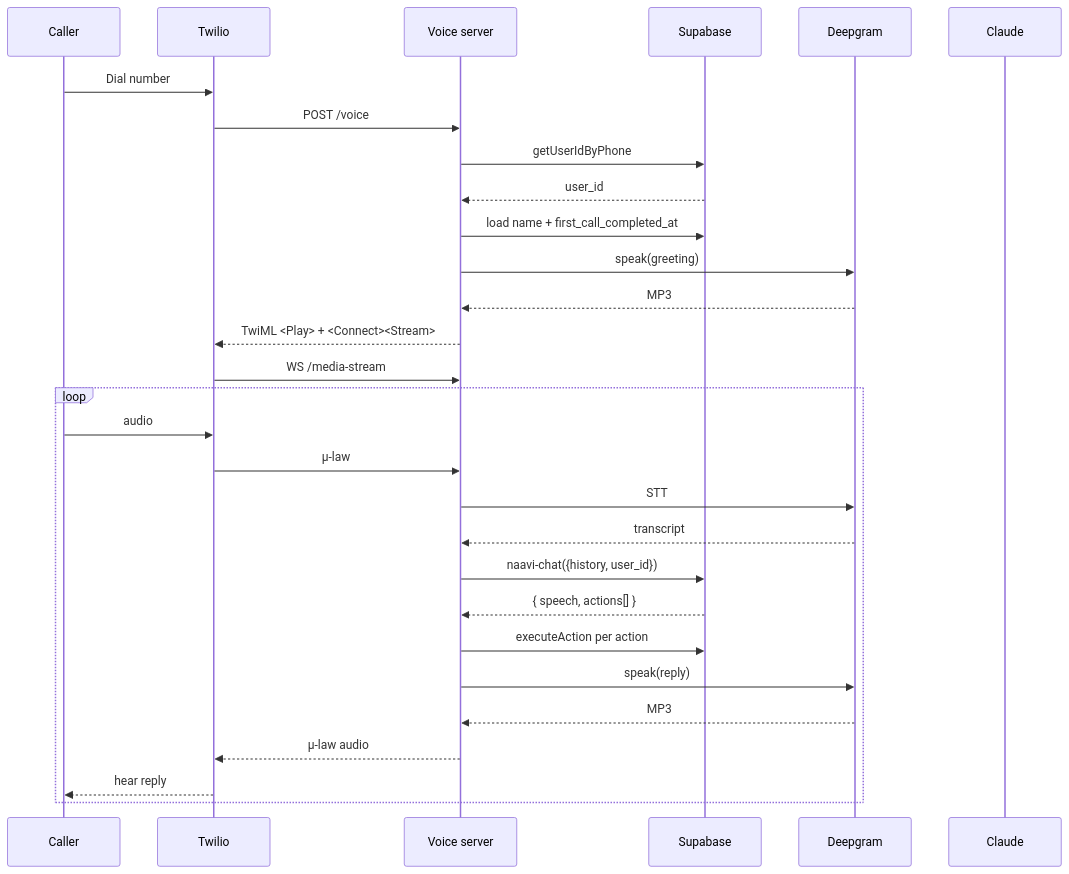
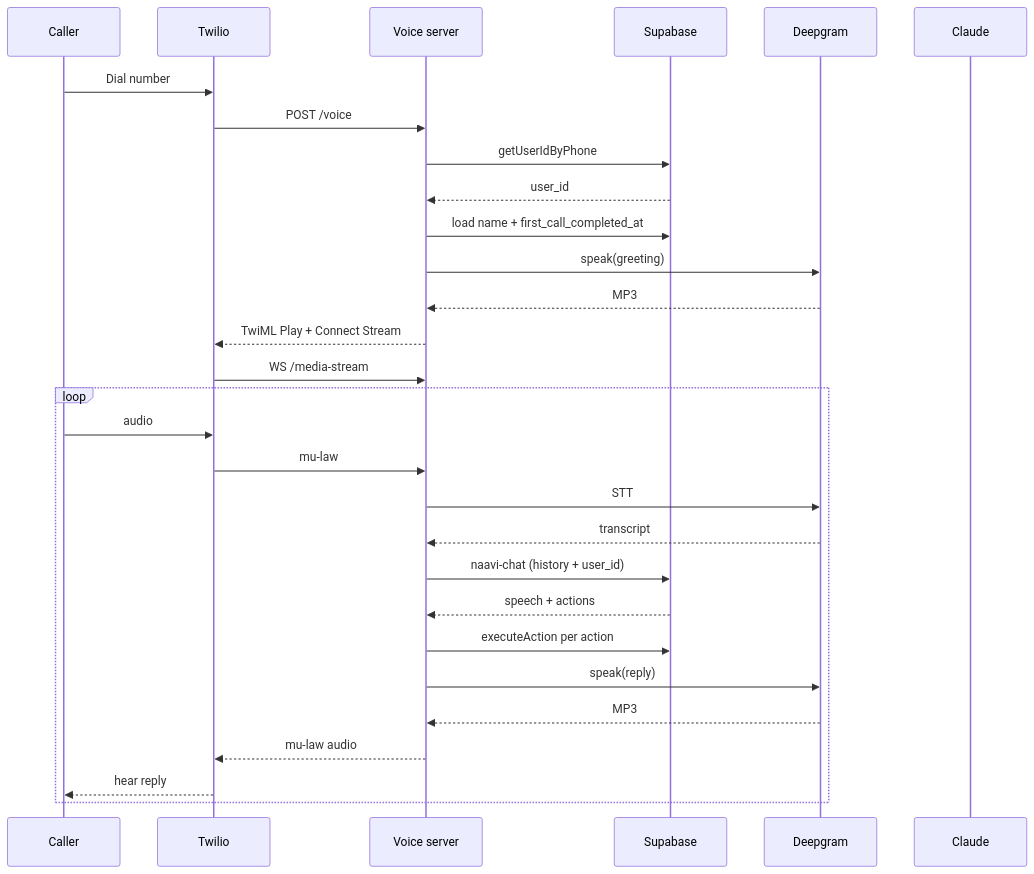
Before and after one commit to munk2207/naavi-app: the fourth of 10 diagrams in docs/ARCHITECTURE_2026-05-13.md, drawn with Mermaid. The commit also changed other lines of this file and 1 other file, not shown here.

````diff
--- a/docs/ARCHITECTURE_2026-05-13.md
+++ b/docs/ARCHITECTURE_2026-05-13.md
@@ -489,32 +489,32 @@
 ```mermaid
 sequenceDiagram
   participant C as Caller
   participant T as Twilio
   participant V as Voice server
   participant SB as Supabase
   participant DG as Deepgram
   participant CL as Claude
 
   C->>T: Dial number
   T->>V: POST /voice
   V->>SB: getUserIdByPhone
   SB-->>V: user_id
   V->>SB: load name + first_call_completed_at
   V->>DG: speak(greeting)
   DG-->>V: MP3
-  V-->>T: TwiML <Play> + <Connect><Stream>
+  V-->>T: TwiML Play + Connect Stream
   T->>V: WS /media-stream
   loop
     C->>T: audio
-    T->>V: µ-law
+    T->>V: mu-law
     V->>DG: STT
     DG-->>V: transcript
-    V->>SB: naavi-chat({history, user_id})
-    SB-->>V: { speech, actions[] }
+    V->>SB: naavi-chat (history + user_id)
+    SB-->>V: speech + actions
     V->>SB: executeAction per action
     V->>DG: speak(reply)
     DG-->>V: MP3
-    V-->>T: µ-law audio
+    V-->>T: mu-law audio
     T-->>C: hear reply
   end
 ```
````
